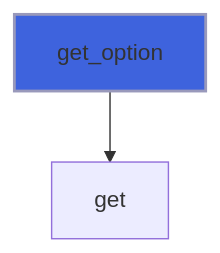
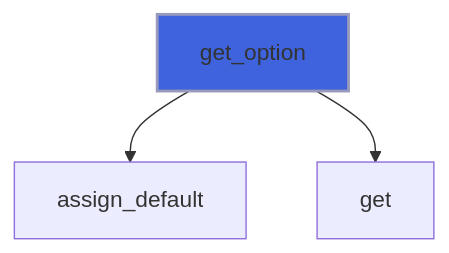
Diagram 14 of 24 in docs/api/src/lib/finer_file_ini_t.md (szaghi/FiNeR), drawn with Mermaid before and after one commit. The commit also changed other lines of this file and 199 other files, not shown here.

````diff
--- a/docs/api/src/lib/finer_file_ini_t.md
+++ b/docs/api/src/lib/finer_file_ini_t.md
@@ -492,5 +573,6 @@
 ```mermaid
 flowchart TD
+  get_option["get_option"] --> assign_default["assign_default"]
   get_option["get_option"] --> get["get"]
   style get_option fill:#3e63dd,stroke:#99b,stroke-width:2px
 ```
````
